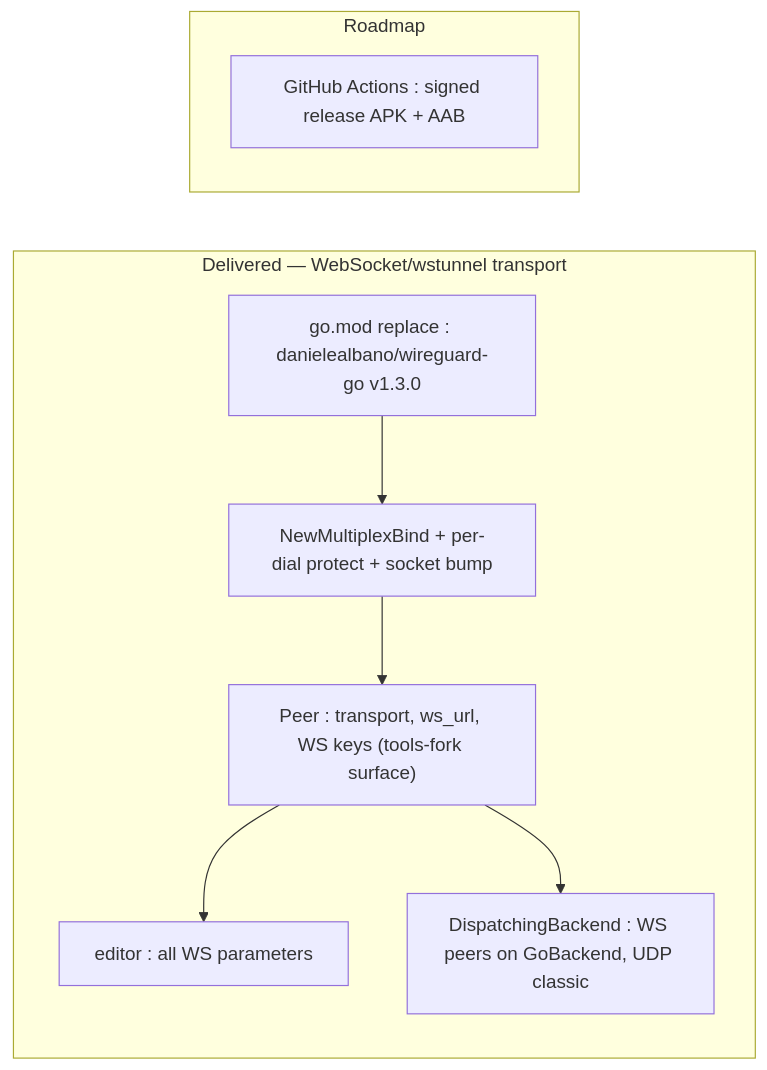
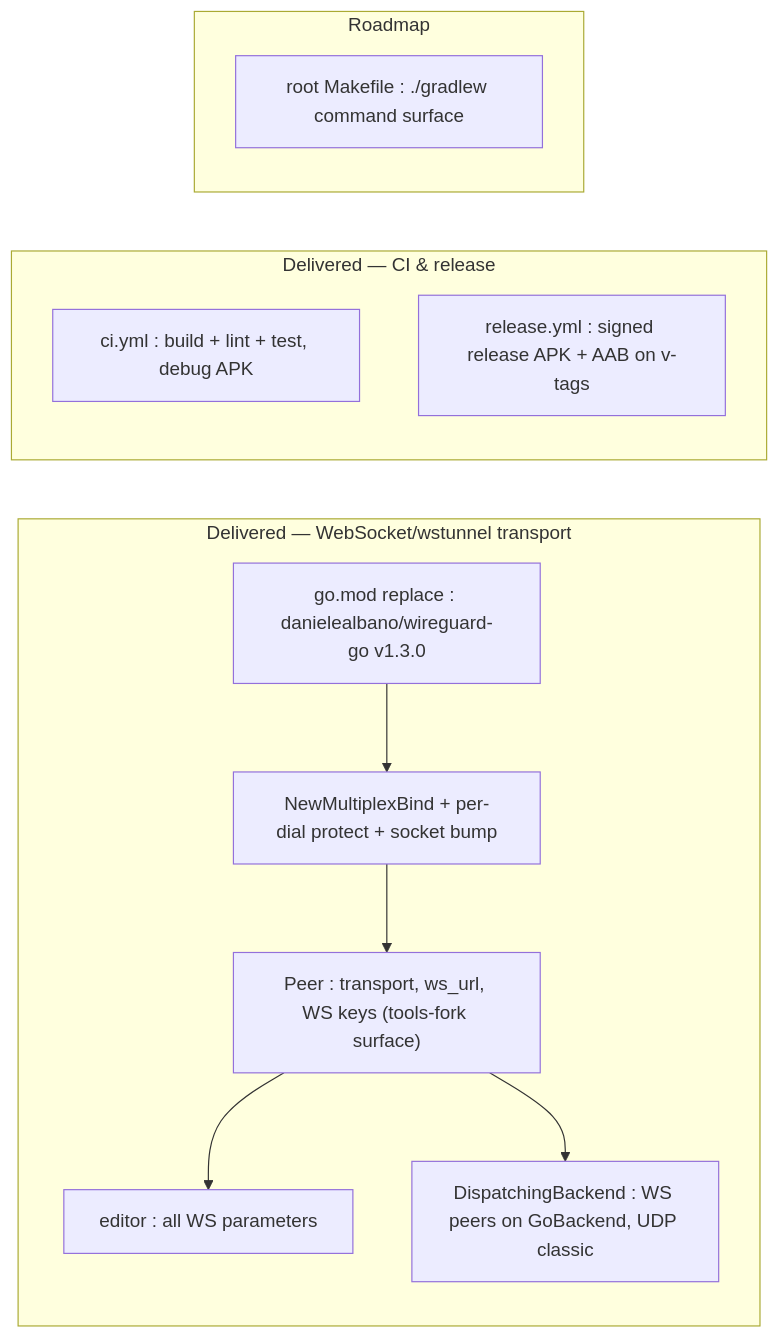
The eighth of 8 diagrams in docs/ARCHITECTURE.md (danielealbano/wireguard-android), drawn with Mermaid before and after one commit. The commit also changed other lines of this file and 3 other files, not shown here.

First line of the commit message:
docs: mark CI and signed release as delivered

````diff
--- a/docs/ARCHITECTURE.md
+++ b/docs/ARCHITECTURE.md
@@ -285,18 +286,22 @@
 ```mermaid
 flowchart LR
     subgraph Delivered["Delivered — WebSocket/wstunnel transport"]
         FORK["go.mod replace : danielealbano/wireguard-go v1.3.0"]
         MPLEX["NewMultiplexBind + per-dial protect + socket bump"]
         WSMODEL["Peer : transport, ws_url, WS keys (tools-fork surface)"]
         WSUI["editor : all WS parameters"]
         DISP["DispatchingBackend : WS peers on GoBackend, UDP classic"]
     end
+    subgraph Build["Delivered — CI & release"]
+        CI["ci.yml : build + lint + test, debug APK"]
+        REL["release.yml : signed release APK + AAB on v-tags"]
+    end
     subgraph Pending["Roadmap"]
-        CI["GitHub Actions : signed release APK + AAB"]
+        MK2["root Makefile : ./gradlew command surface"]
     end
 
     FORK --> MPLEX
     MPLEX --> WSMODEL
     WSMODEL --> WSUI
     WSMODEL --> DISP
 ```
````
